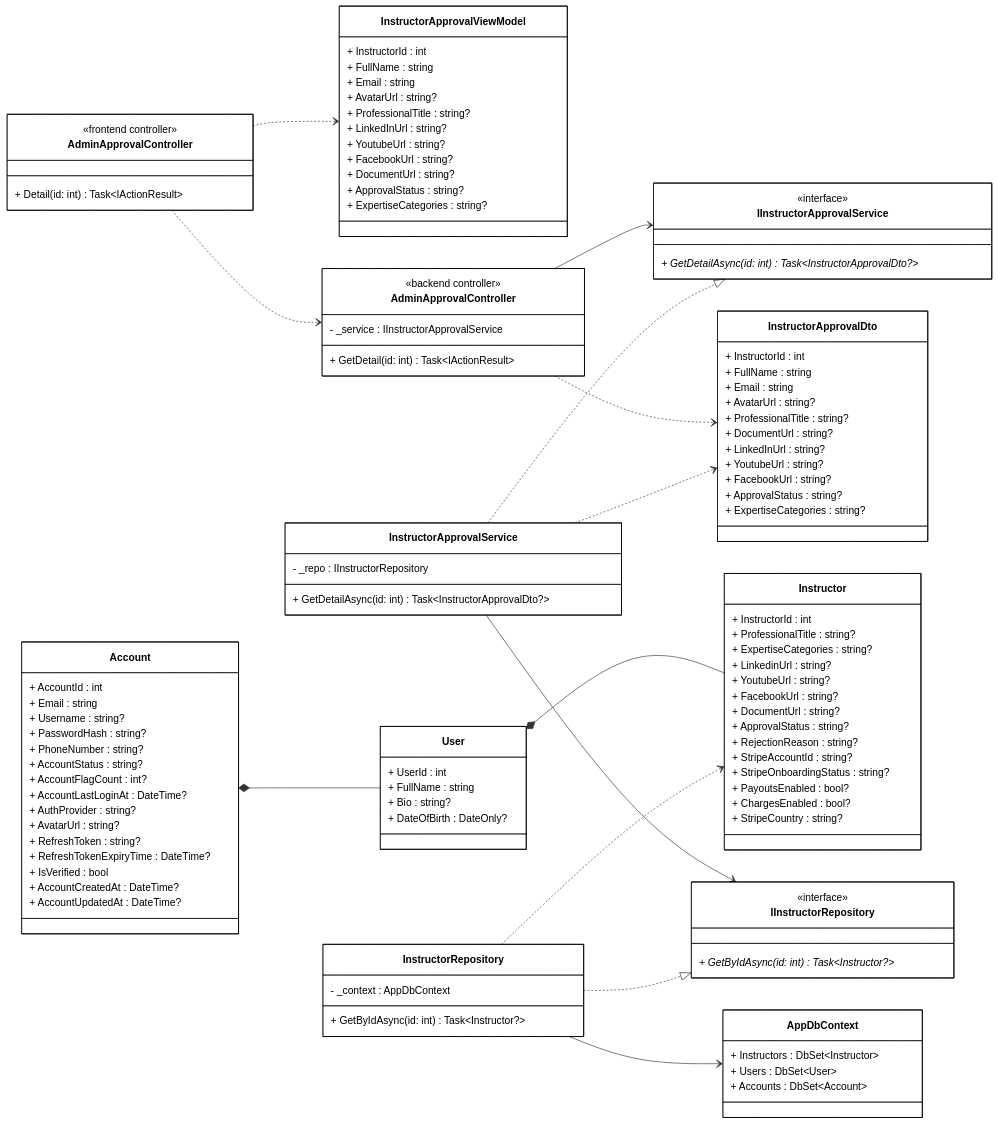
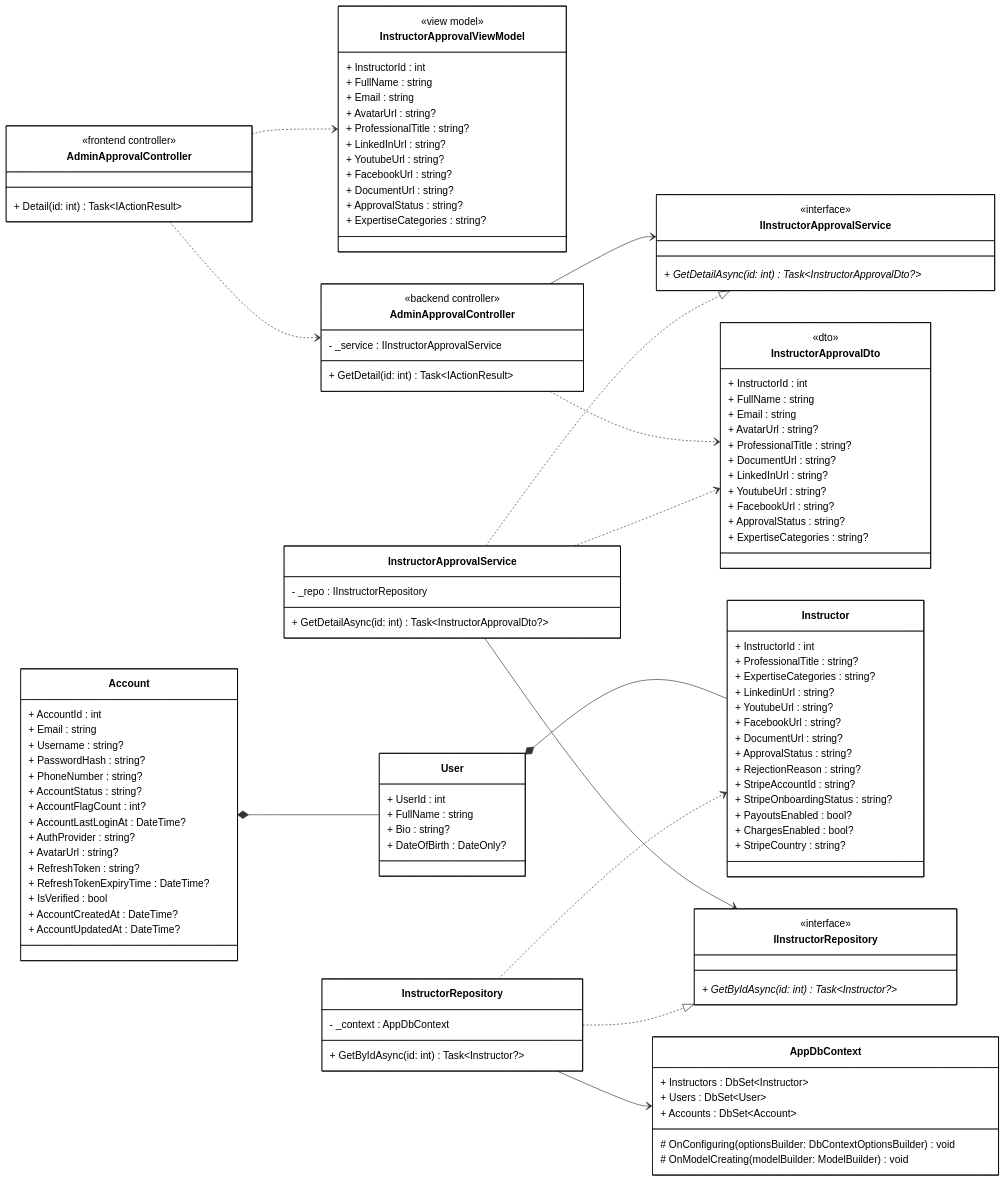
Before and after one commit to 1000do/Linked: the diagram in diagrams/class_mermaid/manage_instructor_application/cls_mm_view_instructor_applications_detail.mmd, drawn with Mermaid. The commit also changed 29 other files, not shown here.

Commit message:
docs: add comprehensive mermaid class diagrams for core system features and update admin layout view

```diff
--- a/diagrams/class_mermaid/manage_instructor_application/cls_mm_view_instructor_applications_detail.mmd
+++ b/diagrams/class_mermaid/manage_instructor_application/cls_mm_view_instructor_applications_detail.mmd
@@ -1,152 +1,158 @@
 classDiagram
 direction LR
 
 %% ==================== FRONTEND ====================
 
 class AdminApprovalControllerFE["AdminApprovalController"] {
     <<frontend controller>>
     + Detail(id: int) Task~IActionResult~
 }
 
 class InstructorApprovalViewModel {
+    <<view model>>
     + InstructorId : int
     + FullName : string
     + Email : string
     + AvatarUrl : string?
     + ProfessionalTitle : string?
     + LinkedInUrl : string?
     + YoutubeUrl : string?
     + FacebookUrl : string?
     + DocumentUrl : string?
     + ApprovalStatus : string?
     + ExpertiseCategories : string?
 }
 
 %% ==================== BACKEND - CONTROLLER ====================
 
 class AdminApprovalControllerBE["AdminApprovalController"] {
     <<backend controller>>
     - _service : IInstructorApprovalService
     + GetDetail(id: int) Task~IActionResult~
 }
 
 %% ==================== BACKEND - DTOs ====================
 
 class InstructorApprovalDto {
+    <<dto>>
     + InstructorId : int
     + FullName : string
     + Email : string
     + AvatarUrl : string?
     + ProfessionalTitle : string?
     + DocumentUrl : string?
     + LinkedInUrl : string?
     + YoutubeUrl : string?
     + FacebookUrl : string?
     + ApprovalStatus : string?
     + ExpertiseCategories : string?
 }
 
 %% ==================== BACKEND - DOMAIN ENTITIES ====================
 
 class Instructor {
     + InstructorId : int
     + ProfessionalTitle : string?
     + ExpertiseCategories : string?
     + LinkedinUrl : string?
     + YoutubeUrl : string?
     + FacebookUrl : string?
     + DocumentUrl : string?
     + ApprovalStatus : string?
     + RejectionReason : string?
     + StripeAccountId : string?
     + StripeOnboardingStatus : string?
     + PayoutsEnabled : bool?
     + ChargesEnabled : bool?
     + StripeCountry : string?
 }
 
 class User {
     + UserId : int
     + FullName : string
     + Bio : string?
     + DateOfBirth : DateOnly?
 }
 
 class Account {
     + AccountId : int
     + Email : string
     + Username : string?
     + PasswordHash : string?
     + PhoneNumber : string?
     + AccountStatus : string?
     + AccountFlagCount : int?
     + AccountLastLoginAt : DateTime?
     + AuthProvider : string?
     + AvatarUrl : string?
     + RefreshToken : string?
     + RefreshTokenExpiryTime : DateTime?
     + IsVerified : bool
     + AccountCreatedAt : DateTime?
     + AccountUpdatedAt : DateTime?
 }
 
 %% ==================== BACKEND - SERVICE INTERFACES ====================
 
 class IInstructorApprovalService {
     <<interface>>
     + GetDetailAsync(id: int) Task~InstructorApprovalDto?~ *
 }
 
 %% ==================== BACKEND - REPOSITORY INTERFACES ====================
 
 class IInstructorRepository {
     <<interface>>
     + GetByIdAsync(id: int) Task~Instructor?~ *
 }
 
 %% ==================== BACKEND - SERVICE IMPLEMENTATION ====================
 
 class InstructorApprovalService {
     - _repo : IInstructorRepository
     + GetDetailAsync(id: int) Task~InstructorApprovalDto?~
 }
 
 %% ==================== BACKEND - REPOSITORY IMPLEMENTATION ====================
 
 class InstructorRepository {
     - _context : AppDbContext
     + GetByIdAsync(id: int) Task~Instructor?~
 }
 
 %% ==================== BACKEND - DbContext ====================
 
 class AppDbContext {
     + Instructors : DbSet~Instructor~
     + Users : DbSet~User~
     + Accounts : DbSet~Account~
+    
+    # OnConfiguring(optionsBuilder: DbContextOptionsBuilder) void
+    # OnModelCreating(modelBuilder: ModelBuilder) void
 }
 
 %% ==================== RELATIONSHIPS ====================
 
 %% === COMPOSITION ===
 Account *-- User
 User *-- Instructor
 
 %% === UNIDIRECTIONAL ASSOCIATION ===
 AdminApprovalControllerBE --> IInstructorApprovalService
 InstructorApprovalService --> IInstructorRepository
 InstructorRepository --> AppDbContext
 
 %% === INTERFACE REALIZATION ===
 InstructorApprovalService ..|> IInstructorApprovalService
 InstructorRepository ..|> IInstructorRepository
 
 %% === DEPENDENCY ===
 AdminApprovalControllerFE ..> AdminApprovalControllerBE
 AdminApprovalControllerFE ..> InstructorApprovalViewModel
 AdminApprovalControllerBE ..> InstructorApprovalDto
 InstructorApprovalService ..> InstructorApprovalDto
 InstructorRepository ..> Instructor
 
 %% ==================== STYLES ====================
+
 classDef default fill:#FFFFFF,stroke:#000000,stroke-width:1px,color:#000000
```
